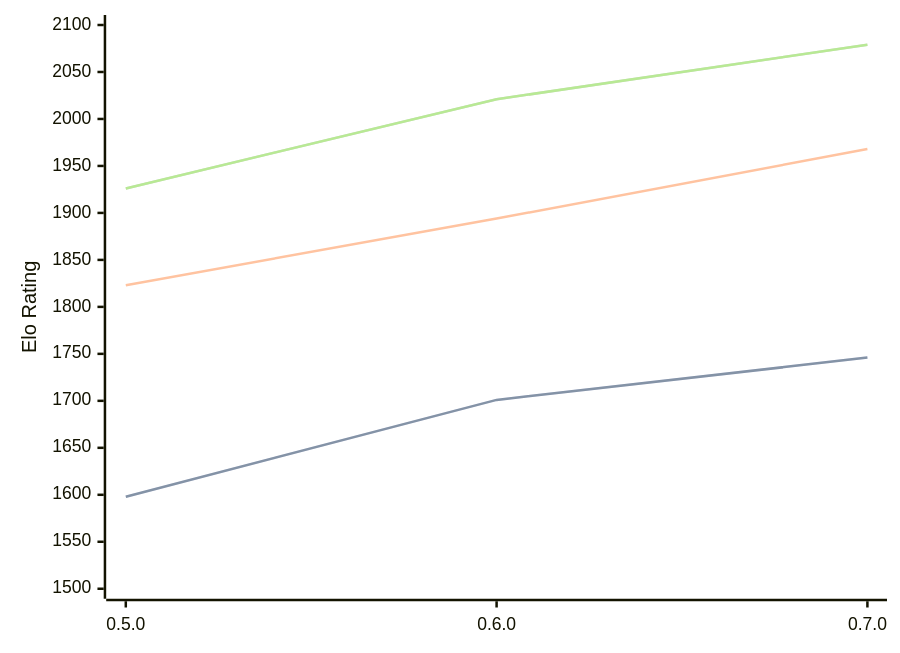
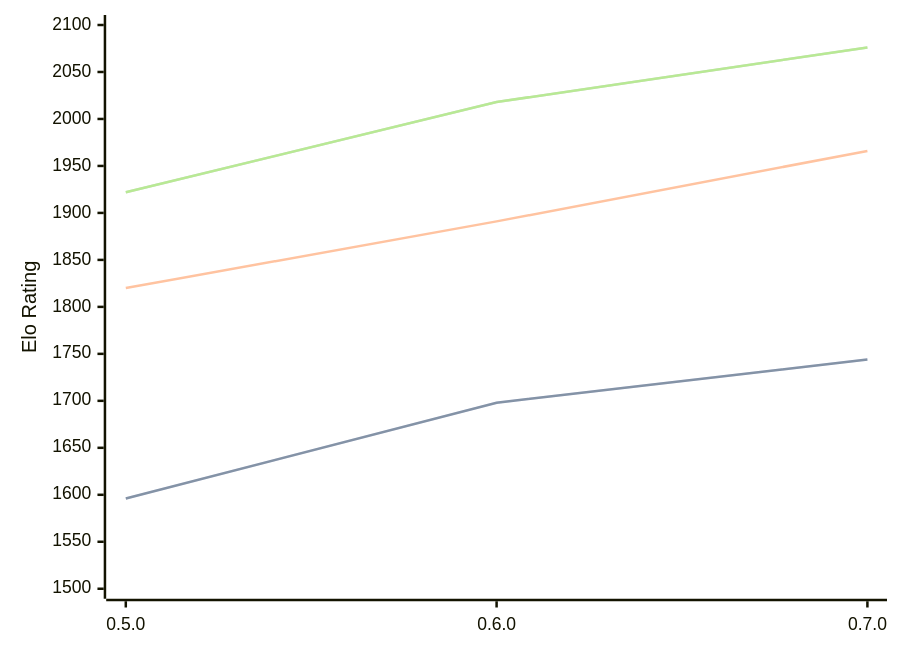
Before and after one commit to computer-chess-index/cci: the diagram in engines/Chess-rs.md, drawn with Mermaid. The commit also changed other lines of this file, not shown here.

Commit message:
Update CCI Ratings (ELO VLTC) - 2026-03-11

````diff
--- a/engines/Chess-rs.md
+++ b/engines/Chess-rs.md
@@ -39,11 +39,11 @@
 ```mermaid
 %%{init: {"theme":"base","themeVariables":{"seriesColors:['#a3a3a3','#222221','#faa371']}}}%%
 xychart-beta
   x-axis ["0.5.0", "0.6.0", "0.7.0"]
   y-axis "Elo Rating" 1500 --> 2100
-  line "STC (8.0+0.08s)" [1598, 1701, 1746]
-  line "STC (8.0+0.08s)" [1598, 1701, 1746]
-  line "LTC (60.0+0.60s)" [1823, 1894, 1968]
-  line "VLTC (2m24s+1.12s)" [1926, 2021, 2079]
-  line "VLTC (2m24s+1.12s)" [1926, 2021, 2079]
+  line "STC (8.0+0.08s)" [1596, 1698, 1744]
+  line "STC (8.0+0.08s)" [1596, 1698, 1744]
+  line "LTC (60.0+0.60s)" [1820, 1891, 1966]
+  line "VLTC (2m24s+1.12s)" [1922, 2018, 2076]
+  line "VLTC (2m24s+1.12s)" [1922, 2018, 2076]
 ```
````
